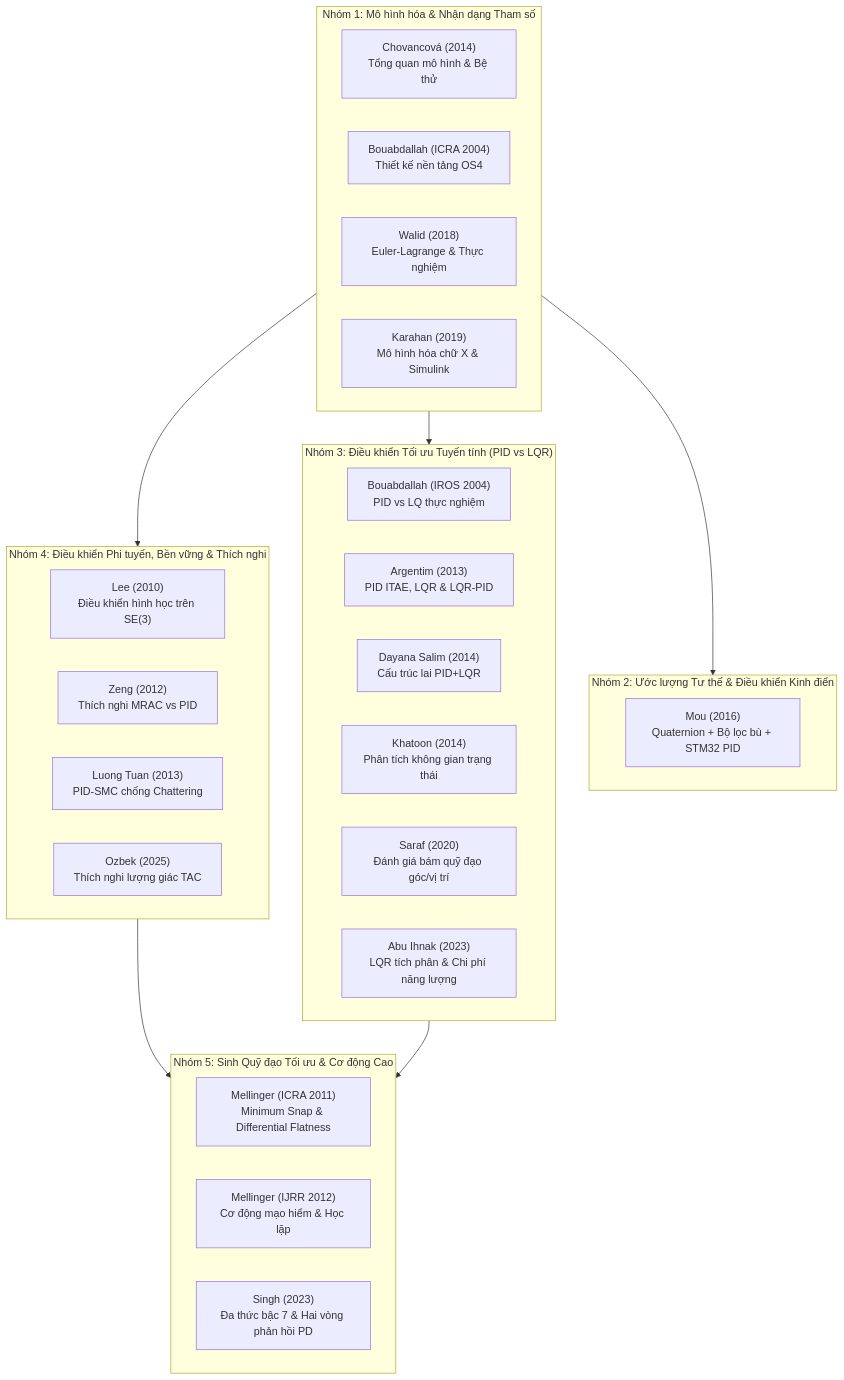
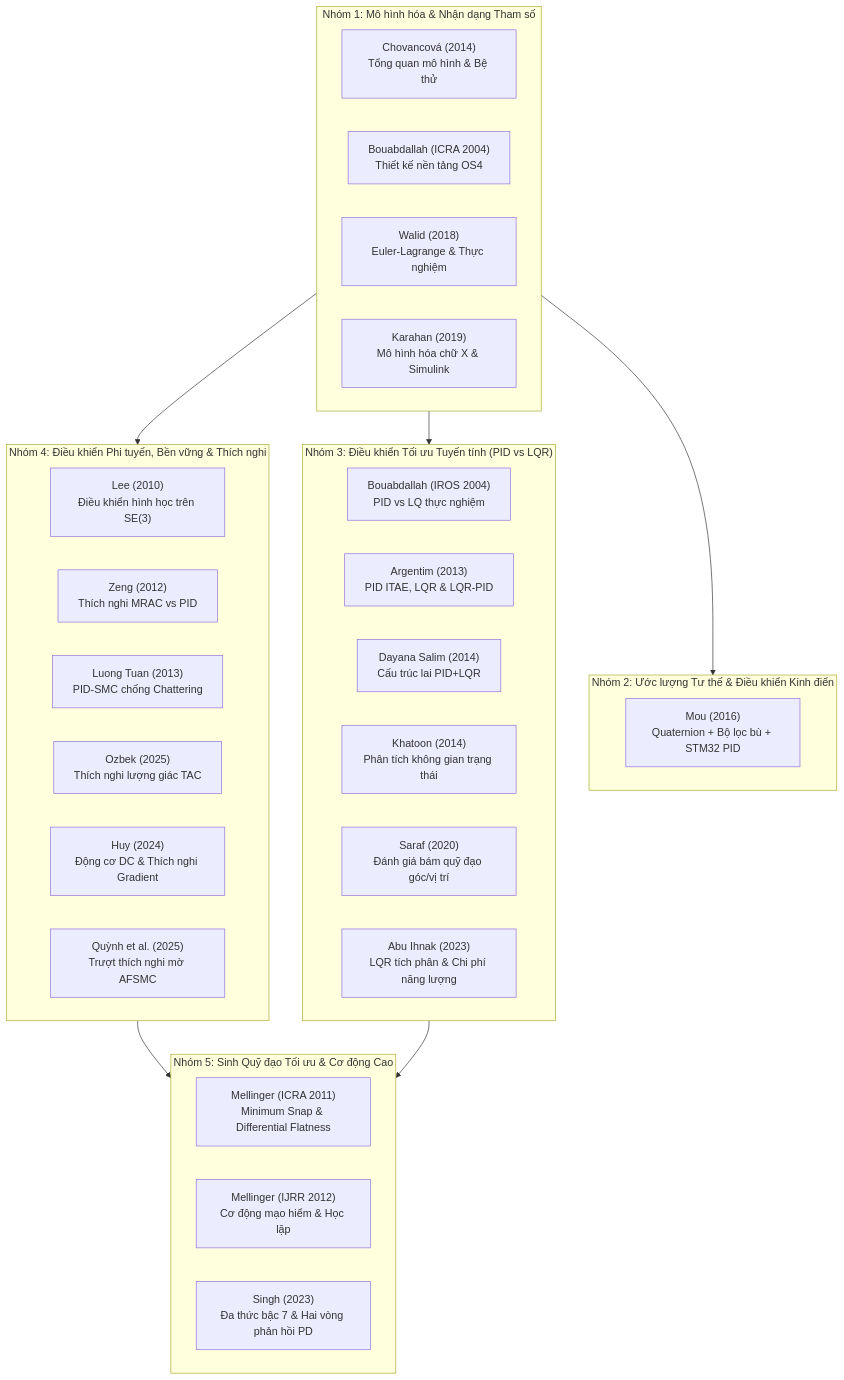
One commit to vuquan2005/drone changed the diagram in docs/references/papers/README.md. Above: the diagram before and after it, drawn with Mermaid. The commit also changed other lines of this file and 33 other files, not shown here.

````diff
--- a/docs/references/papers/README.md
+++ b/docs/references/papers/README.md
@@ -70,41 +73,43 @@
 ```mermaid
 flowchart TD
     subgraph G1["Nhóm 1: Mô hình hóa & Nhận dạng Tham số"]
         M1["Chovancová (2014)<br/>Tổng quan mô hình & Bệ thử"]
         M2["Bouabdallah (ICRA 2004)<br/>Thiết kế nền tảng OS4"]
         M3["Walid (2018)<br/>Euler-Lagrange & Thực nghiệm"]
         M4["Karahan (2019)<br/>Mô hình hóa chữ X & Simulink"]
     end
 
     subgraph G2["Nhóm 2: Ước lượng Tư thế & Điều khiển Kinh điển"]
         C1["Mou (2016)<br/>Quaternion + Bộ lọc bù + STM32 PID"]
     end
 
     subgraph G3["Nhóm 3: Điều khiển Tối ưu Tuyến tính (PID vs LQR)"]
         L1["Bouabdallah (IROS 2004)<br/>PID vs LQ thực nghiệm"]
         L2["Argentim (2013)<br/>PID ITAE, LQR & LQR-PID"]
         L3["Dayana Salim (2014)<br/>Cấu trúc lai PID+LQR"]
         L4["Khatoon (2014)<br/>Phân tích không gian trạng thái"]
         L5["Saraf (2020)<br/>Đánh giá bám quỹ đạo góc/vị trí"]
         L6["Abu Ihnak (2023)<br/>LQR tích phân & Chi phí năng lượng"]
     end
 
     subgraph G4["Nhóm 4: Điều khiển Phi tuyến, Bền vững & Thích nghi"]
         N1["Lee (2010)<br/>Điều khiển hình học trên SE(3)"]
         N2["Zeng (2012)<br/>Thích nghi MRAC vs PID"]
         N3["Luong Tuan (2013)<br/>PID-SMC chống Chattering"]
         N4["Ozbek (2025)<br/>Thích nghi lượng giác TAC"]
+        N5["Huy (2024)<br/>Động cơ DC & Thích nghi Gradient"]
+        N6["Quỳnh et al. (2025)<br/>Trượt thích nghi mờ AFSMC"]
     end
 
     subgraph G5["Nhóm 5: Sinh Quỹ đạo Tối ưu & Cơ động Cao"]
         T1["Mellinger (ICRA 2011)<br/>Minimum Snap & Differential Flatness"]
         T2["Mellinger (IJRR 2012)<br/>Cơ động mạo hiểm & Học lặp"]
         T3["Singh (2023)<br/>Đa thức bậc 7 & Hai vòng phản hồi PD"]
     end
 
     G1 --> G2
     G1 --> G3
     G1 --> G4
     G4 --> G5
     G3 --> G5
 ```
````
